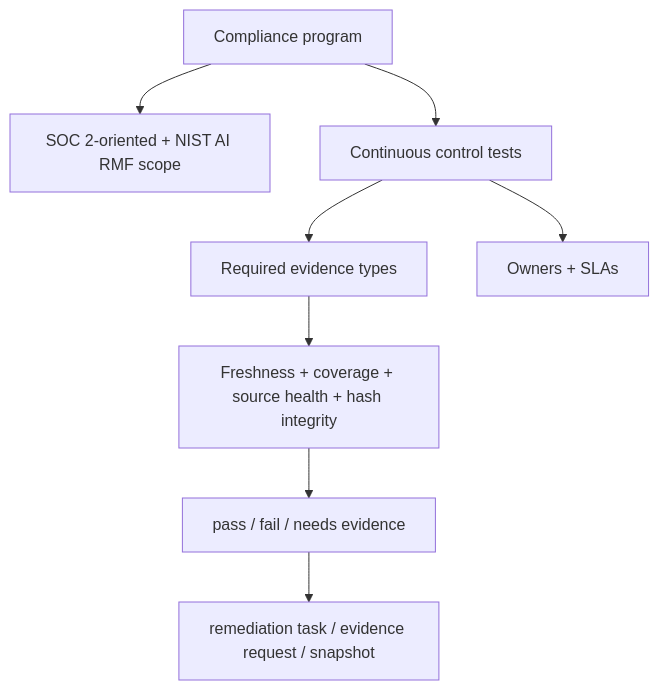
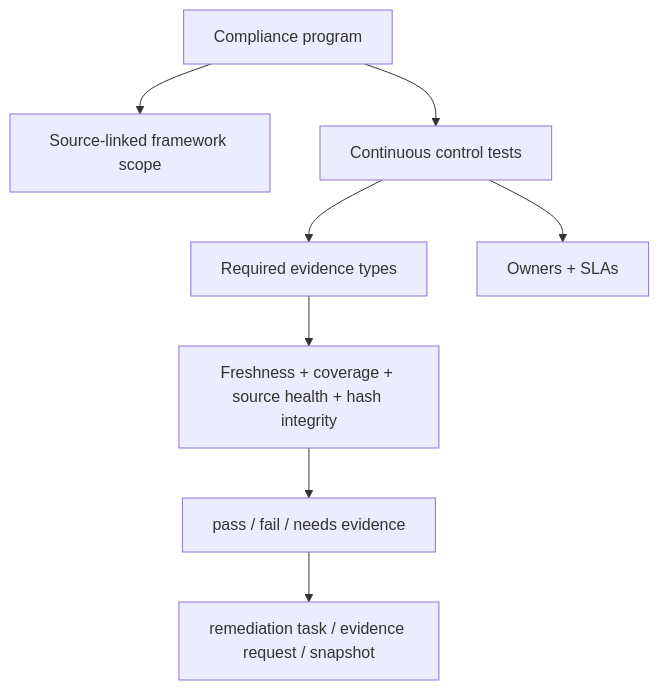
Before and after one commit to msaad00/security-compliance-lakehouse: the third of 3 diagrams in README.md, drawn with Mermaid. The commit also changed other lines of this file and 12 other files, not shown here.

Commit message:
docs(frameworks): add framework badge assets (#40)

````diff
--- a/README.md
+++ b/README.md
@@ -119,10 +121,10 @@
 ```mermaid
 flowchart TB
-  Program[Compliance program] --> Frameworks[SOC 2-oriented + NIST AI RMF scope]
+  Program[Compliance program] --> Frameworks[Source-linked framework scope]
   Program --> Tests[Continuous control tests]
   Tests --> Evidence[Required evidence types]
   Tests --> Owners[Owners + SLAs]
   Evidence --> Confidence[Freshness + coverage + source health + hash integrity]
   Confidence --> Results[pass / fail / needs evidence]
   Results --> Workflow[remediation task / evidence request / snapshot]
 ```
````
